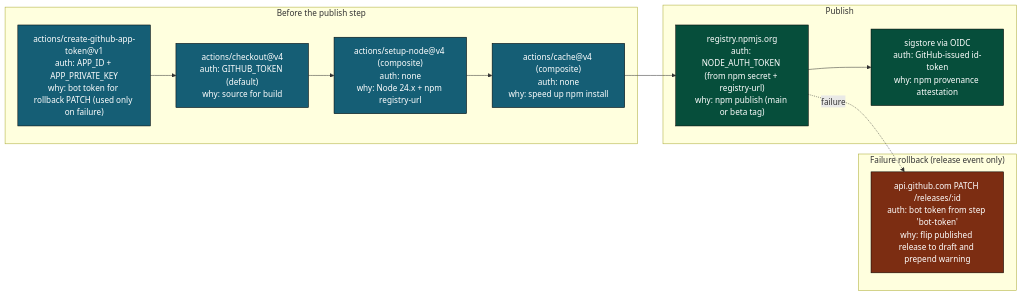
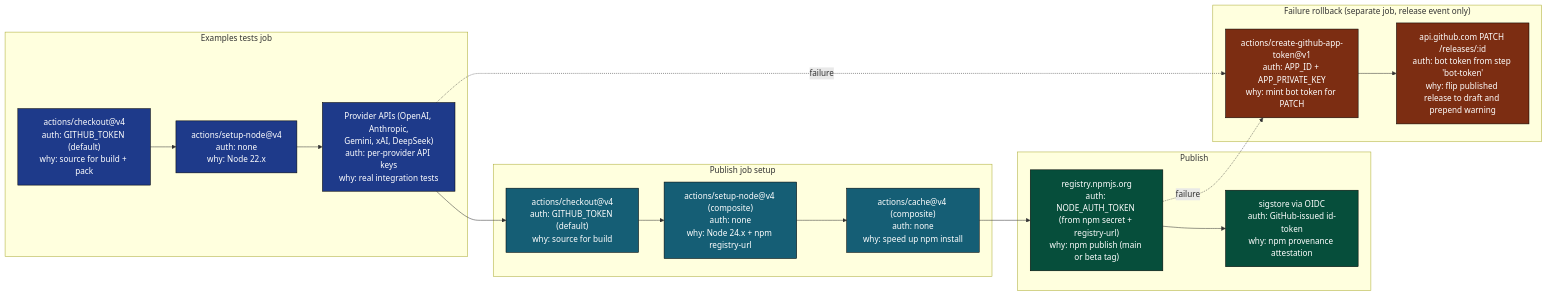
One commit to gregreindel/llm-exe changed the seventh of 12 diagrams in .github/docs/PUBLISH_RELEASE_DEEP_DIVE.md. Above: the diagram before and after it, drawn with Mermaid. The commit also changed other lines of this file and 2 other files, not shown here.

First line of the commit message:
docs: sync PUBLISH_RELEASE_DEEP_DIVE after publish-release.yml restructure

````diff
--- a/.github/docs/PUBLISH_RELEASE_DEEP_DIVE.md
+++ b/.github/docs/PUBLISH_RELEASE_DEEP_DIVE.md
@@ -291,26 +329,37 @@
 ```mermaid
 flowchart LR
     classDef pre fill:#155e75,color:#fff,stroke:#000
+    classDef test fill:#1e3a8a,color:#fff,stroke:#000
     classDef pub fill:#064e3b,color:#fff,stroke:#000
     classDef rb fill:#7c2d12,color:#fff,stroke:#000
 
-    subgraph Pre["Before the publish step"]
-        c1["actions/create-github-app-token@v1\nauth: APP_ID + APP_PRIVATE_KEY\nwhy: bot token for rollback PATCH (used only on failure)"]:::pre
-        c2["actions/checkout@v4\nauth: GITHUB_TOKEN (default)\nwhy: source for build"]:::pre
-        c3["actions/setup-node@v4 (composite)\nauth: none\nwhy: Node 24.x + npm registry-url"]:::pre
-        c4["actions/cache@v4 (composite)\nauth: none\nwhy: speed up npm install"]:::pre
+    subgraph ExTest["Examples tests job"]
+        e1["actions/checkout@v4\nauth: GITHUB_TOKEN (default)\nwhy: source for build + pack"]:::test
+        e2["actions/setup-node@v4\nauth: none\nwhy: Node 22.x"]:::test
+        e3["Provider APIs (OpenAI, Anthropic,\nGemini, xAI, DeepSeek)\nauth: per-provider API keys\nwhy: real integration tests"]:::test
+    end
+
+    subgraph Pre["Publish job setup"]
+        c1["actions/checkout@v4\nauth: GITHUB_TOKEN (default)\nwhy: source for build"]:::pre
+        c2["actions/setup-node@v4 (composite)\nauth: none\nwhy: Node 24.x + npm registry-url"]:::pre
+        c3["actions/cache@v4 (composite)\nauth: none\nwhy: speed up npm install"]:::pre
     end
 
     subgraph Pub["Publish"]
         d1["registry.npmjs.org\nauth: NODE_AUTH_TOKEN (from npm secret + registry-url)\nwhy: npm publish (main or beta tag)"]:::pub
         d2["sigstore via OIDC\nauth: GitHub-issued id-token\nwhy: npm provenance attestation"]:::pub
     end
 
-    subgraph Rb["Failure rollback (release event only)"]
-        d3["api.github.com PATCH /releases/:id\nauth: bot token from step 'bot-token'\nwhy: flip published release to draft and prepend warning"]:::rb
+    subgraph Rb["Failure rollback (separate job, release event only)"]
+        d3["actions/create-github-app-token@v1\nauth: APP_ID + APP_PRIVATE_KEY\nwhy: mint bot token for PATCH"]:::rb
+        d4["api.github.com PATCH /releases/:id\nauth: bot token from step 'bot-token'\nwhy: flip published release to draft and prepend warning"]:::rb
+        d3 --> d4
     end
 
-    c1 --> c2 --> c3 --> c4 --> d1
+    e1 --> e2 --> e3
+    e3 --> c1
+    c1 --> c2 --> c3 --> d1
     d1 --> d2
+    e3 -.failure.-> d3
     d1 -.failure.-> d3
 ```
````
